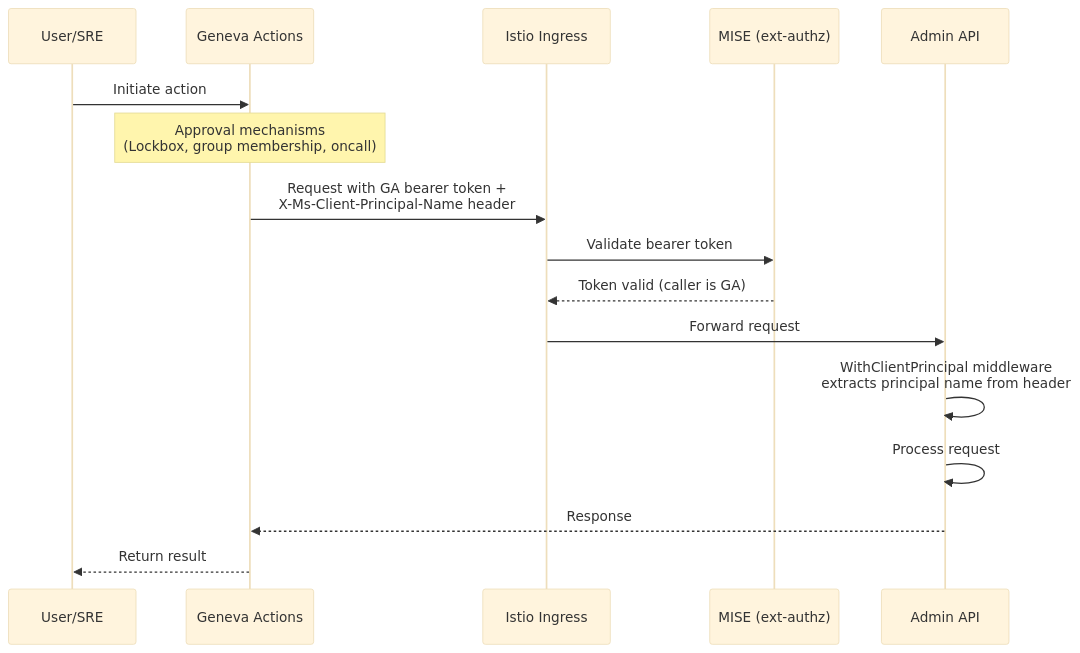
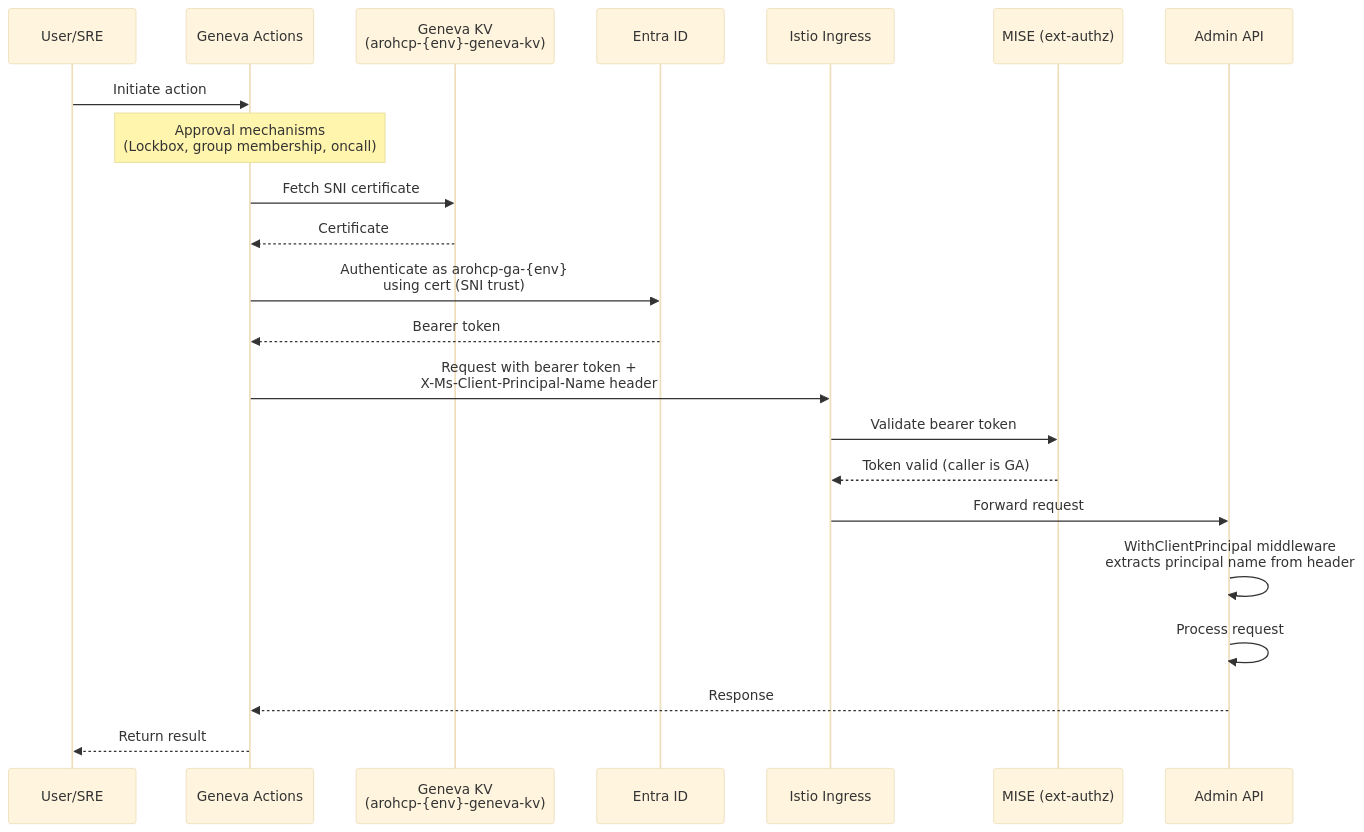
One commit to Azure/ARO-HCP changed the diagram in admin/README.md. Above: the diagram before and after it, drawn with Mermaid (base theme). The commit also changed other lines of this file, not shown here.

Commit message:
docs(admin): document Geneva Actions SNI cert auth in README diagram

````diff
--- a/admin/README.md
+++ b/admin/README.md
@@ -36,19 +37,25 @@
 ```mermaid
 sequenceDiagram
     participant User as User/SRE
     participant GA as Geneva Actions
+    participant KV as Geneva KV<br/>(arohcp-{env}-geneva-kv)
+    participant AAD as Entra ID
     participant Istio as Istio Ingress
     participant MISE as MISE (ext-authz)
     participant Admin as Admin API
 
     User->>GA: Initiate action
     Note over GA: Approval mechanisms<br/>(Lockbox, group membership, oncall)
-    GA->>Istio: Request with GA bearer token +<br/>X-Ms-Client-Principal-Name header
+    GA->>KV: Fetch SNI certificate
+    KV-->>GA: Certificate
+    GA->>AAD: Authenticate as arohcp-ga-{env}<br/>using cert (SNI trust)
+    AAD-->>GA: Bearer token
+    GA->>Istio: Request with bearer token +<br/>X-Ms-Client-Principal-Name header
     Istio->>MISE: Validate bearer token
     MISE-->>Istio: Token valid (caller is GA)
     Istio->>Admin: Forward request
     Admin->>Admin: WithClientPrincipal middleware<br/>extracts principal name from header
     Admin->>Admin: Process request
     Admin-->>GA: Response
     GA-->>User: Return result
 ```
````
